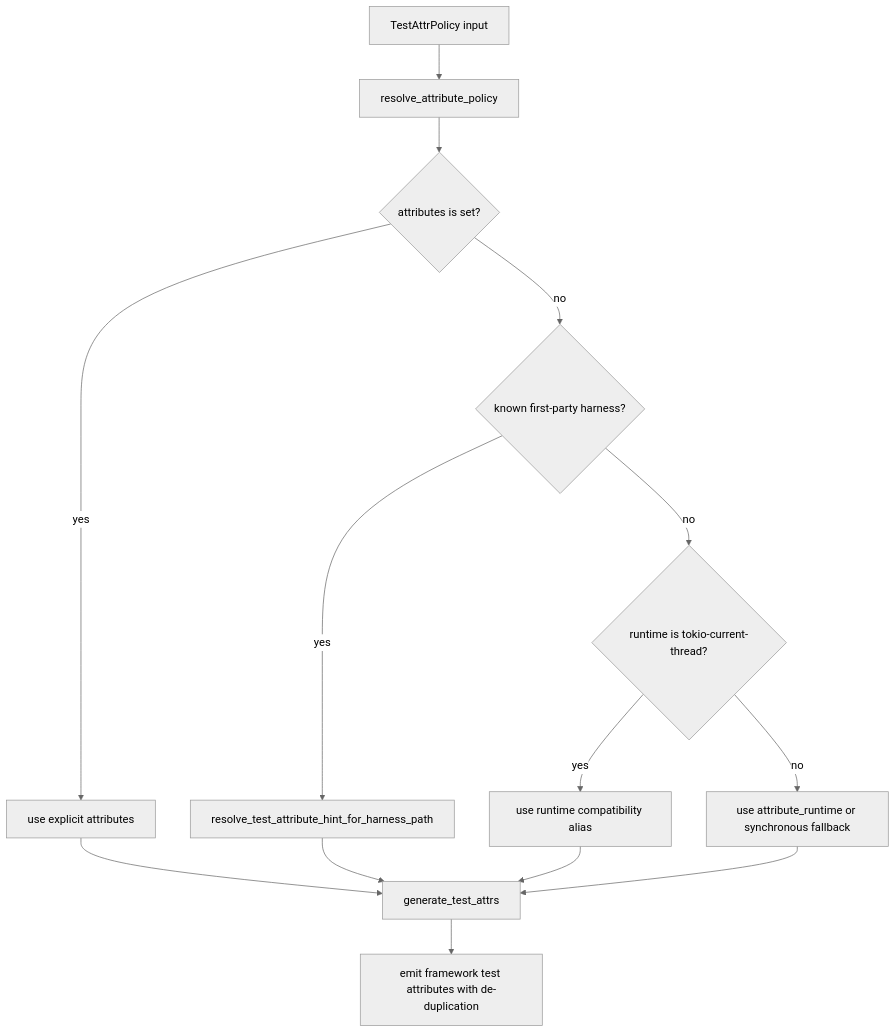
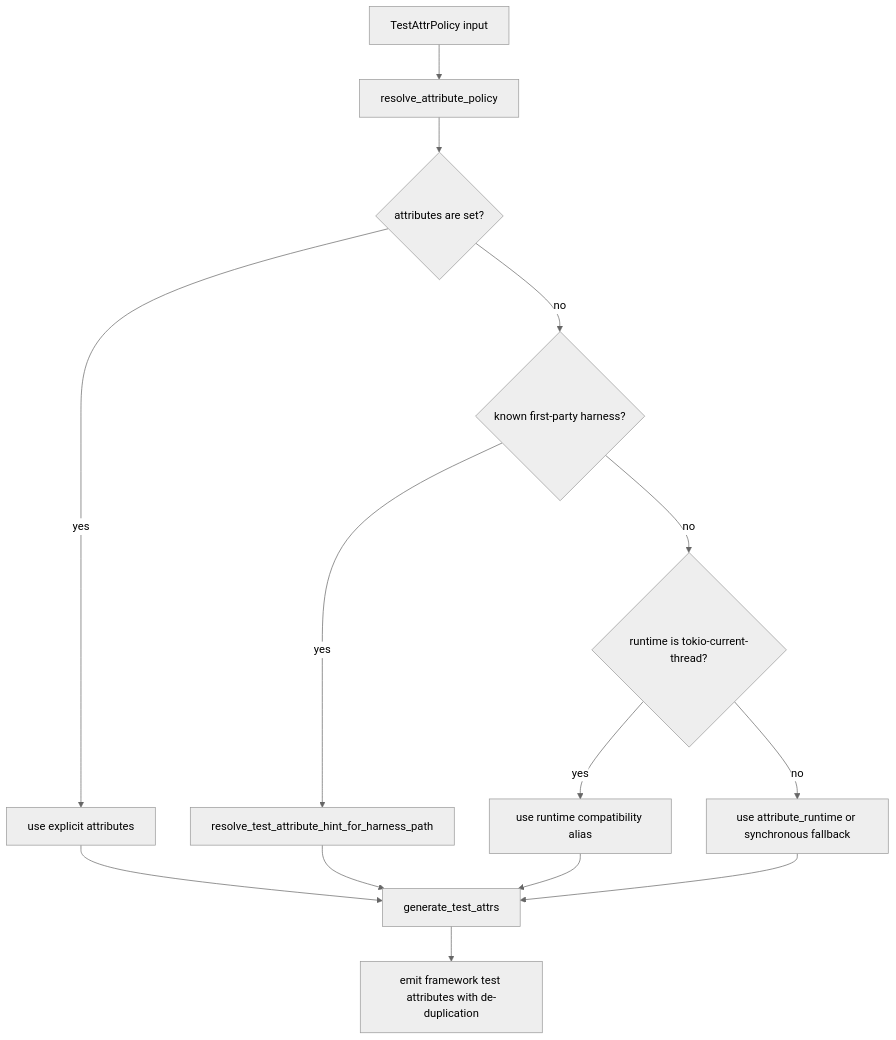
Before and after one commit to leynos/rstest-bdd: diagram 13 of 20 in docs/rstest-bdd-design.md, drawn with Mermaid (neutral theme). The commit also changed 2 other files, not shown here.

Commit message:
Address attribute policy docs review
Tighten the user-guide wording for the Tokio compatibility alias so it
matches the ADR-008 precedence order.

Define Architecture Decision Record on first use in the ExecPlan,
generalize the draft progress entries, and fix the Mermaid decision label.

````diff
--- a/docs/rstest-bdd-design.md
+++ b/docs/rstest-bdd-design.md
@@ -1772,18 +1772,18 @@
 ```mermaid
 flowchart TD
     A[TestAttrPolicy input] --> B[resolve_attribute_policy]
-    B --> C{attributes is set?}
+    B --> C{attributes are set?}
     C -- yes --> D[use explicit attributes]
     C -- no --> E{known first-party harness?}
     E -- yes --> F[resolve_test_attribute_hint_for_harness_path]
     E -- no --> G{runtime is tokio-current-thread?}
     G -- yes --> H[use runtime compatibility alias]
     G -- no --> I[use attribute_runtime or synchronous fallback]
 
     D --> J[generate_test_attrs]
     F --> J
     H --> J
     I --> J
 
     J --> K[emit framework test attributes with de-duplication]
 ```
````
